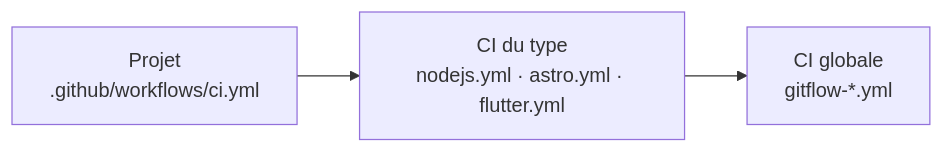
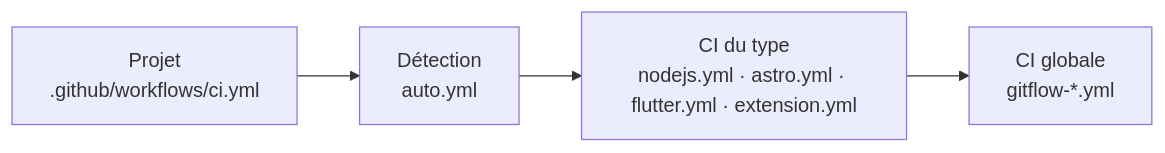
The first of 2 diagrams in README.md (FloRobart/github-ci), drawn with Mermaid before and after one commit. The commit also changed other lines of this file and 22 other files, not shown here.

First line of the commit message:
Refactor CI workflows and project detection scripts

````diff
--- a/README.md
+++ b/README.md
@@ -9,5 +9,6 @@
 ```mermaid
 flowchart LR
-    project["Projet<br/>.github/workflows/ci.yml"] --> type["CI du type<br/>nodejs.yml · astro.yml · flutter.yml"]
+    project["Projet<br/>.github/workflows/ci.yml"] --> auto["Détection<br/>auto.yml"]
+    auto --> type["CI du type<br/>nodejs.yml · astro.yml · flutter.yml · extension.yml"]
     type --> gitflow["CI globale<br/>gitflow-*.yml"]
 ```
````
